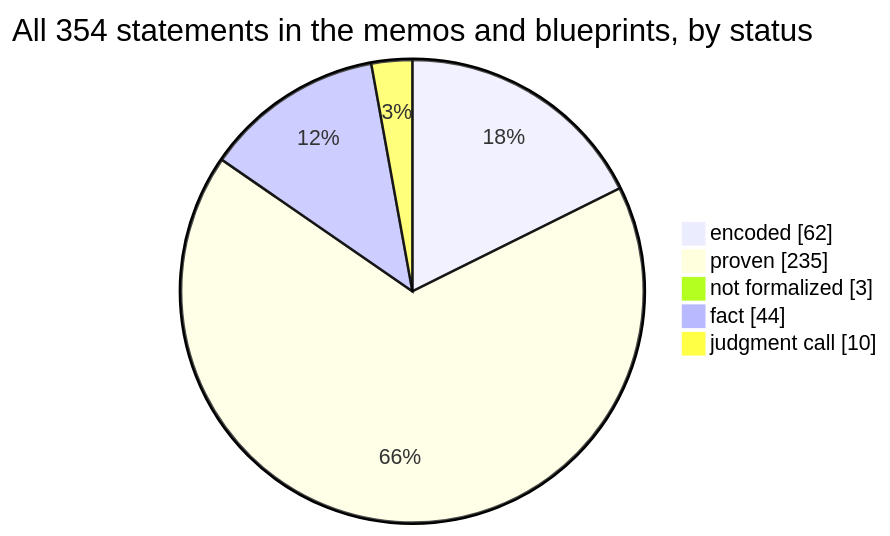
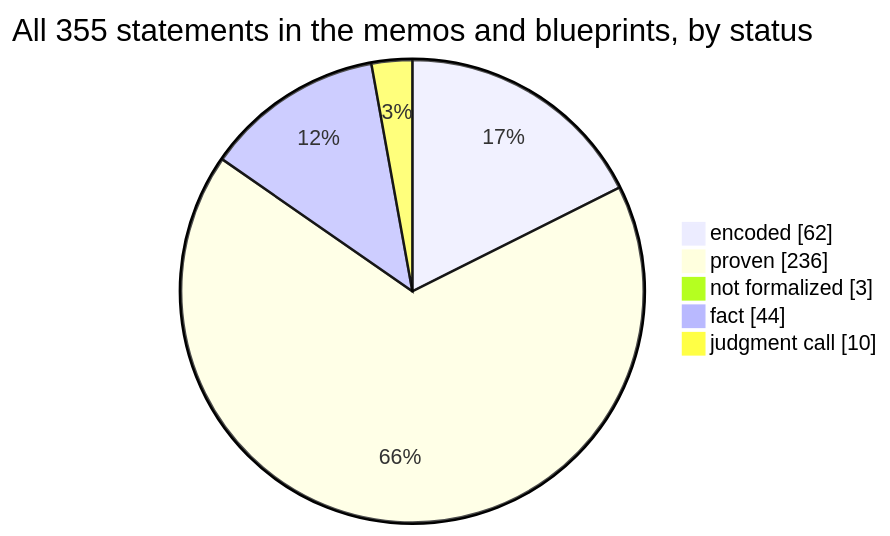
Before and after one commit to SeanWMurray/Canteen: the first of 4 diagrams in docs/graphs/dashboard.md, drawn with Mermaid. The commit also changed other lines of this file and 14 other files, not shown here.

````diff
--- a/docs/graphs/dashboard.md
+++ b/docs/graphs/dashboard.md
@@ -11,8 +11,8 @@
 ```mermaid
-pie showData title All 354 statements in the memos and blueprints, by status
+pie showData title All 355 statements in the memos and blueprints, by status
     "encoded" : 62
-    "proven" : 235
+    "proven" : 236
     "not formalized" : 3
     "fact" : 44
     "judgment call" : 10
 ```
````
